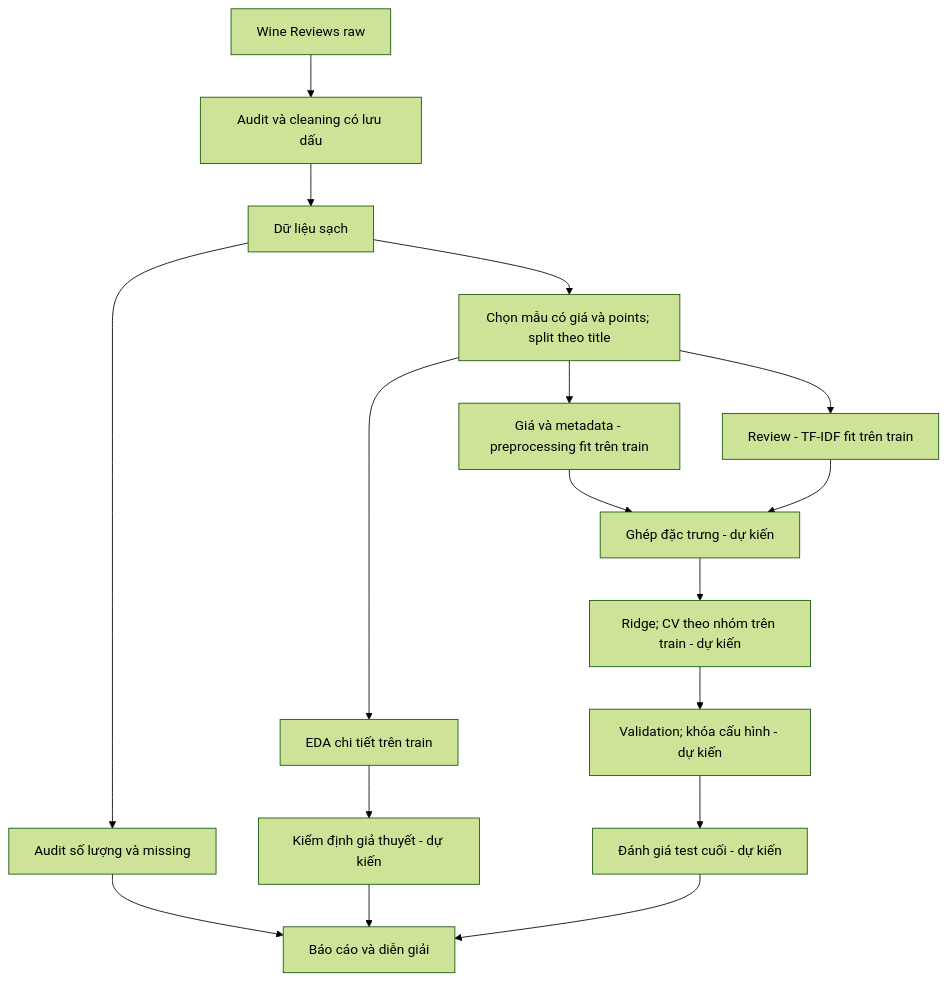
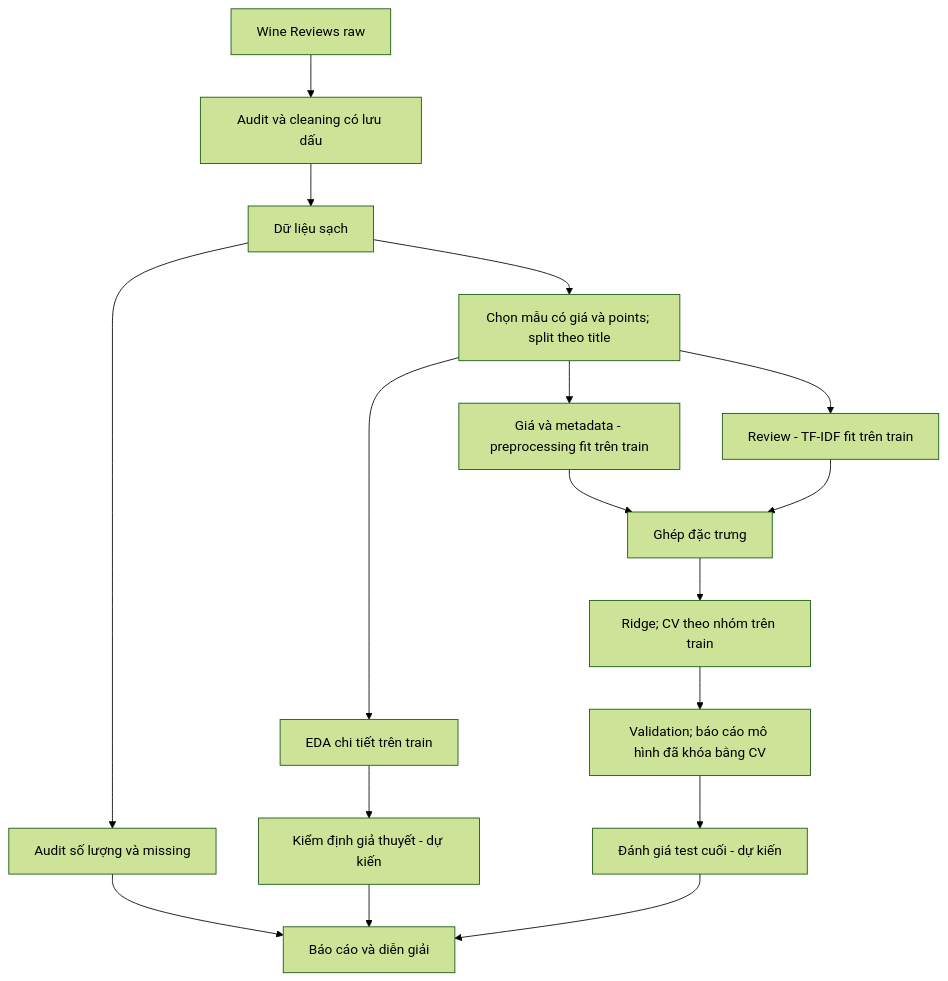
Before and after one commit to Tdat2711/wine-quality-prediction: the diagram in README.md, drawn with Mermaid (forest theme). The commit also changed other lines of this file and 24 other files, not shown here.

Commit message:
fix: train combined wine model with leakage-aware grouped validation

````diff
--- a/README.md
+++ b/README.md
@@ -63,19 +63,19 @@
 ```mermaid
 flowchart TD
     R[Wine Reviews raw] --> A[Audit và cleaning có lưu dấu]
     A --> D[Dữ liệu sạch]
     D --> S[Chọn mẫu có giá và points; split theo title]
     D --> Q[Audit số lượng và missing]
     S --> E[EDA chi tiết trên train]
     E --> I[Kiểm định giả thuyết - dự kiến]
     S --> P[Giá và metadata - preprocessing fit trên train]
     S --> T[Review - TF-IDF fit trên train]
-    P --> F[Ghép đặc trưng - dự kiến]
+    P --> F[Ghép đặc trưng]
     T --> F
-    F --> M[Ridge; CV theo nhóm trên train - dự kiến]
-    M --> V[Validation; khóa cấu hình - dự kiến]
+    F --> M[Ridge; CV theo nhóm trên train]
+    M --> V[Validation; báo cáo mô hình đã khóa bằng CV]
     V --> X[Đánh giá test cuối - dự kiến]
     Q --> B[Báo cáo và diễn giải]
     I --> B
     X --> B
 ```
````
